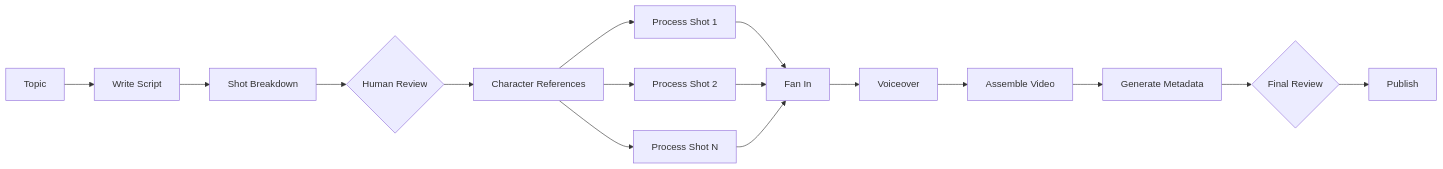
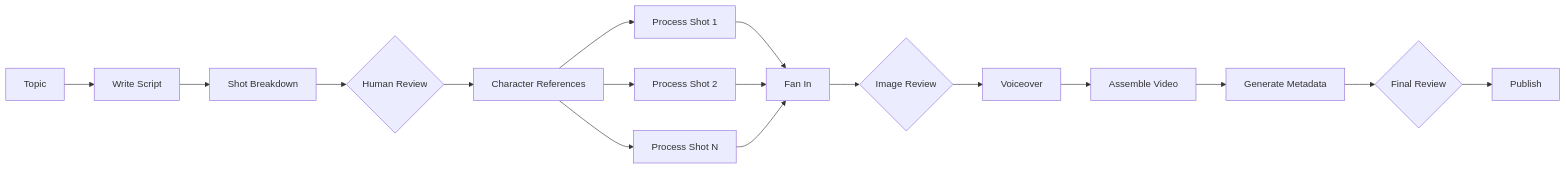
The diagram in README.md (itsleeevi/perspective-engine), drawn with Mermaid before and after one commit. The commit also changed other lines of this file and 49 other files, not shown here.

````diff
--- a/README.md
+++ b/README.md
@@ -63,21 +63,22 @@
 ```mermaid
 flowchart LR
     A[Topic] --> B[Write Script]
     B --> C[Shot Breakdown]
     C --> D{Human Review}
     D --> E[Character References]
 
     E --> F1[Process Shot 1]
     E --> F2[Process Shot 2]
     E --> F3[Process Shot N]
 
     F1 --> G[Fan In]
     F2 --> G
     F3 --> G
 
-    G --> H[Voiceover]
+    G --> R{Image Review}
+    R --> H[Voiceover]
     H --> I[Assemble Video]
     I --> J[Generate Metadata]
     J --> K{Final Review}
     K --> L[Publish]
 ```
````
